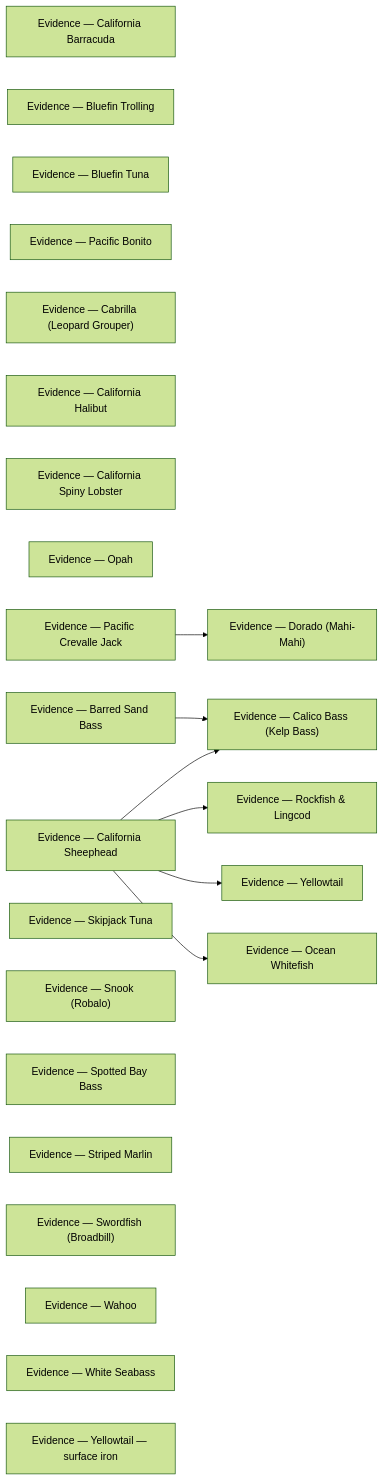
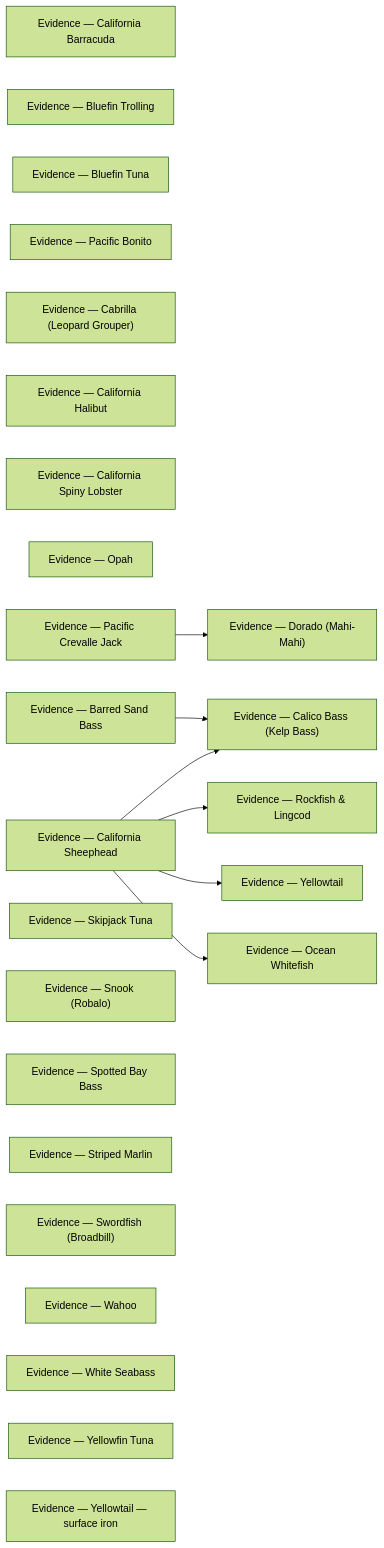
Before and after one commit to camchuckpete-max/Socal-Fishing-Knowledge: the diagram in species/evidence/README.md, drawn with Mermaid (forest theme). The commit also changed other lines of this file and 34 other files, not shown here.

Commit message:
review: species/yellowfin-tuna.md — transform

````diff
--- a/species/evidence/README.md
+++ b/species/evidence/README.md
@@ -37,33 +38,34 @@
 ```mermaid
 graph LR
   n0["Evidence — California Barracuda"]
   n1["Evidence — Bluefin Trolling"]
   n2["Evidence — Bluefin Tuna"]
   n3["Evidence — Pacific Bonito"]
   n4["Evidence — Cabrilla (Leopard Grouper)"]
   n5["Evidence — Calico Bass (Kelp Bass)"]
   n6["Evidence — California Halibut"]
   n7["Evidence — California Spiny Lobster"]
   n8["Evidence — Dorado (Mahi-Mahi)"]
   n9["Evidence — Ocean Whitefish"]
   n10["Evidence — Opah"]
   n11["Evidence — Pacific Crevalle Jack"]
   n12["Evidence — Rockfish & Lingcod"]
   n13["Evidence — Barred Sand Bass"]
   n14["Evidence — California Sheephead"]
   n15["Evidence — Skipjack Tuna"]
   n16["Evidence — Snook (Robalo)"]
   n17["Evidence — Spotted Bay Bass"]
   n18["Evidence — Striped Marlin"]
   n19["Evidence — Swordfish (Broadbill)"]
   n20["Evidence — Wahoo"]
   n21["Evidence — White Seabass"]
-  n22["Evidence — Yellowtail — surface iron"]
-  n23["Evidence — Yellowtail"]
+  n22["Evidence — Yellowfin Tuna"]
+  n23["Evidence — Yellowtail — surface iron"]
+  n24["Evidence — Yellowtail"]
   n11 --> n8
   n13 --> n5
   n14 --> n12
-  n14 --> n23
+  n14 --> n24
   n14 --> n5
   n14 --> n9
 ```
````
